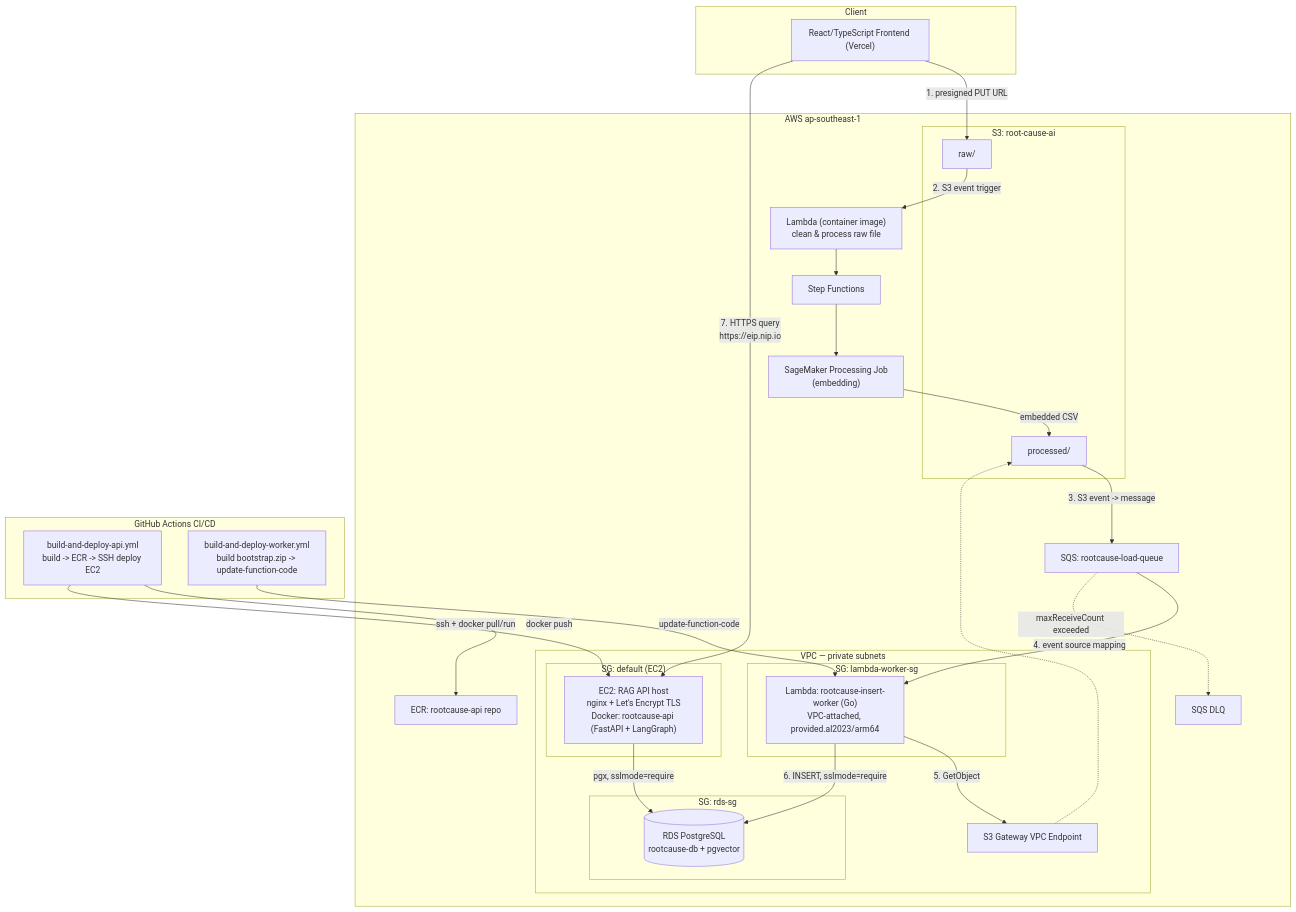
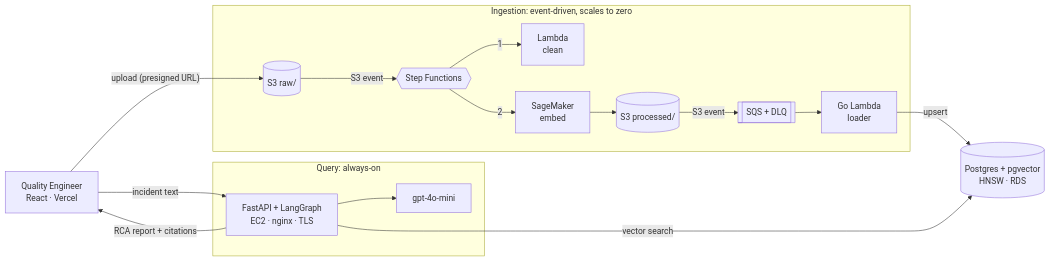
The first of 2 diagrams in README.md (ducthangng/RootCauseAI), drawn with Mermaid before and after one commit. The commit also changed other lines of this file and 1 other file, not shown here.

Commit message:
update clean and readable summary

````diff
--- a/README.md
+++ b/README.md
@@ -7,60 +11,35 @@
 ```mermaid
-graph TB
-    subgraph Client["Client"]
-        FE["React/TypeScript Frontend (Vercel)"]
+flowchart LR
+    U["Quality Engineer<br/>React · Vercel"]
+
+    subgraph Ingest["Ingestion: event-driven, scales to zero"]
+        RAW[("S3 raw/")]
+        SFN{{"Step Functions"}}
+        CLEAN["Lambda<br/>clean"]
+        EMB["SageMaker<br/>embed"]
+        PROC[("S3 processed/")]
+        Q[["SQS + DLQ"]]
+        LOAD["Go Lambda<br/>loader"]
     end
 
-    subgraph AWS["AWS ap-southeast-1"]
-        subgraph S3B["S3: root-cause-ai"]
-            RAW["raw/"]
-            PROC["processed/"]
-        end
-
-        LAMBDA_CLEAN["Lambda (container image)<br/>clean & process raw file"]
-        SFN["Step Functions"]
-        SM["SageMaker Processing Job<br/>(embedding)"]
-        SQS["SQS: rootcause-load-queue"]
-        DLQ["SQS DLQ"]
-
-        subgraph VPC["VPC — private subnets"]
-            subgraph SG_LAMBDA["SG: lambda-worker-sg"]
-                LAMBDA_WORKER["Lambda: rootcause-insert-worker (Go)<br/>VPC-attached, provided.al2023/arm64"]
-            end
-
-            S3EP["S3 Gateway VPC Endpoint"]
-
-            subgraph SG_EC2["SG: default (EC2)"]
-                EC2["EC2: RAG API host<br/>nginx + Let's Encrypt TLS<br/>Docker: rootcause-api (FastAPI + LangGraph)"]
-            end
-
-            subgraph SG_RDS["SG: rds-sg"]
-                RDS[("RDS PostgreSQL<br/>rootcause-db + pgvector")]
-            end
-        end
-
-        ECR["ECR: rootcause-api repo"]
+    subgraph Serve["Query: always-on"]
+        API["FastAPI + LangGraph<br/>EC2 · nginx · TLS"]
+        LLM["gpt-4o-mini"]
     end
 
-    subgraph CICD["GitHub Actions CI/CD"]
-        GH1["build-and-deploy-api.yml<br/>build -> ECR -> SSH deploy EC2"]
-        GH2["build-and-deploy-worker.yml<br/>build bootstrap.zip -> update-function-code"]
-    end
+    DB[("Postgres + pgvector<br/>HNSW · RDS")]
 
-    FE -- "1. presigned PUT URL" --> RAW
-    RAW -- "2. S3 event trigger" --> LAMBDA_CLEAN
-    LAMBDA_CLEAN --> SFN
-    SFN --> SM
-    SM -- "embedded CSV" --> PROC
-    PROC -- "3. S3 event -> message" --> SQS
-    SQS -- "4. event source mapping" --> LAMBDA_WORKER
-    SQS -. "maxReceiveCount exceeded" .-> DLQ
-    LAMBDA_WORKER -- "5. GetObject" --> S3EP
-    S3EP -.-> PROC
-    LAMBDA_WORKER -- "6. INSERT, sslmode=require" --> RDS
-    EC2 -- "pgx, sslmode=require" --> RDS
-    FE -- "7. HTTPS query<br/>https://eip.nip.io" --> EC2
+    U -- "upload (presigned URL)" --> RAW
+    RAW -- "S3 event" --> SFN
+    SFN -- "1" --> CLEAN
+    SFN -- "2" --> EMB
+    EMB --> PROC
+    PROC -- "S3 event" --> Q
+    Q --> LOAD
+    LOAD -- "upsert" --> DB
 
-    GH1 -- "docker push" --> ECR
-    GH1 -- "ssh + docker pull/run" --> EC2
-    GH2 -- "update-function-code" --> LAMBDA_WORKER
+    U -- "incident text" --> API
+    API -- "vector search" --> DB
+    API --> LLM
+    API -- "RCA report + citations" --> U
 ```
````
